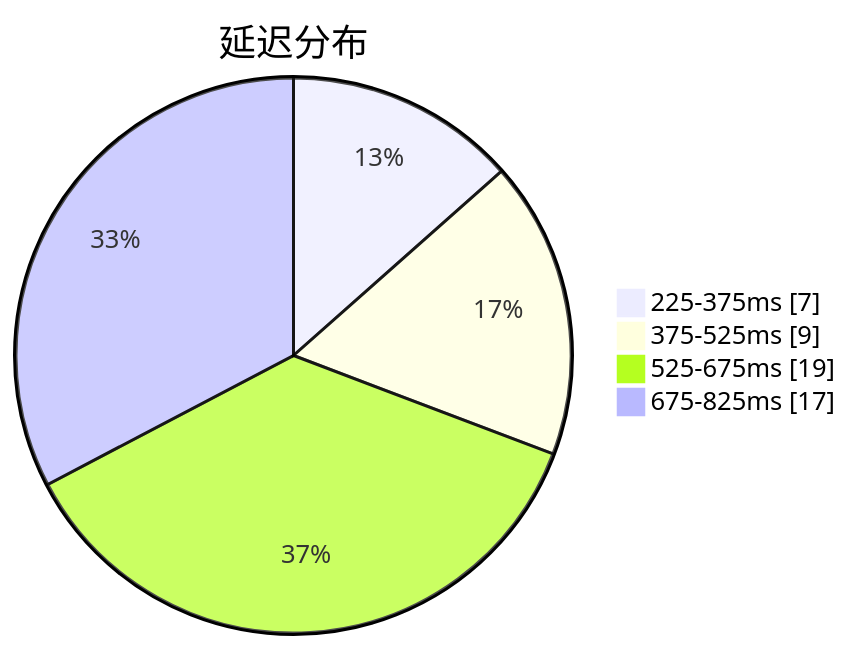
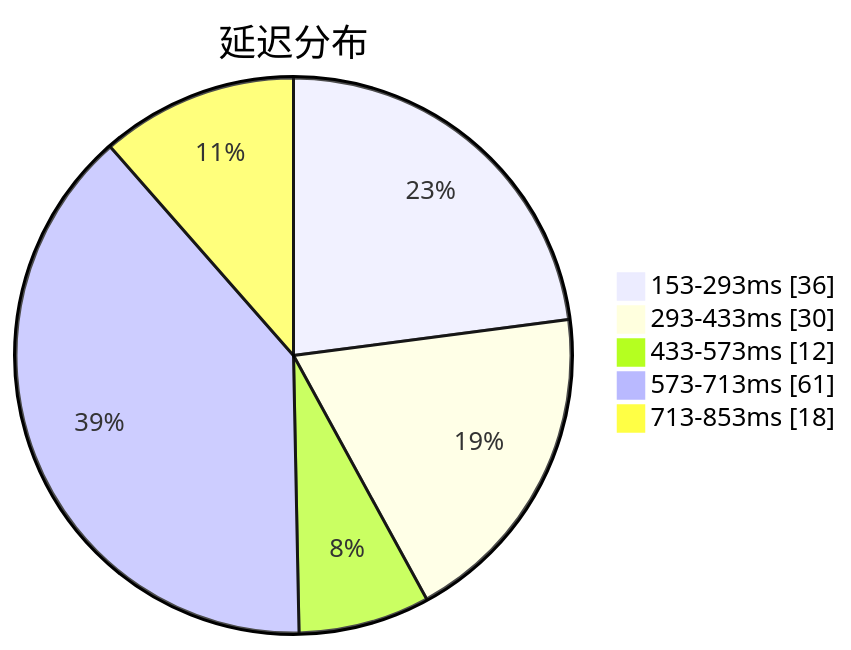
The first of 3 diagrams in subs/statistics/tested_within.md (qjlxg/airport), drawn with Mermaid before and after one commit. The commit also changed other lines of this file and 2 other files, not shown here.

Commit message:
Tested by metaST

````diff
--- a/subs/statistics/tested_within.md
+++ b/subs/statistics/tested_within.md
@@ -2,8 +2,9 @@
 ```mermaid
 pie showData
 title 延迟分布
-"225-375ms" : 7
-"375-525ms" : 9
-"525-675ms" : 19
-"675-825ms" : 17
+"153-293ms" : 36
+"293-433ms" : 30
+"433-573ms" : 12
+"573-713ms" : 61
+"713-853ms" : 18
 ```
````
